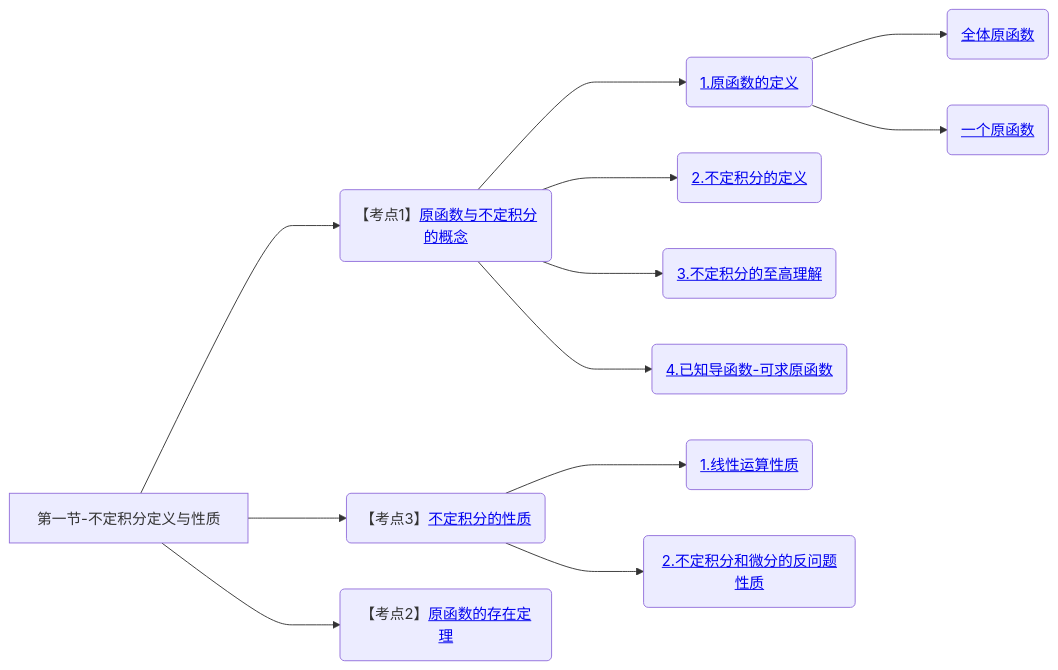
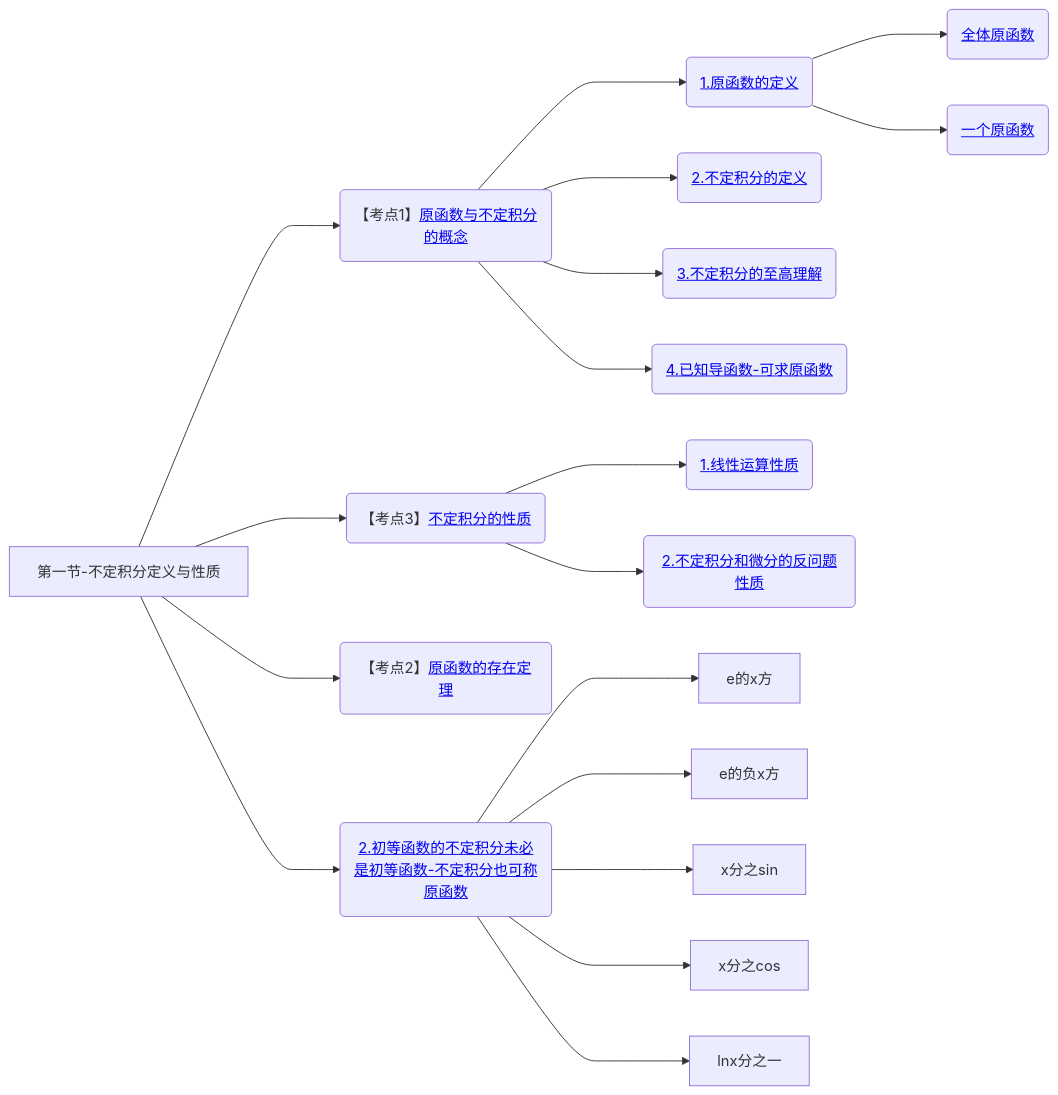
Before and after one commit to yuebinghui/note: diagram 17 of 17 in 笔记/数学/周洋鑫/01.基础班思维导图.md, drawn with Mermaid. The commit also changed 7 other files, not shown here.

````diff
--- a/笔记/数学/周洋鑫/01.基础班思维导图.md
+++ b/笔记/数学/周洋鑫/01.基础班思维导图.md
@@ -597,18 +597,26 @@
 ```mermaid
 graph LR
 第一节-不定积分定义与性质
 
 第一节-不定积分定义与性质--->原函数与不定积分的概念(【考点1】<a href="/Users/yuebinghui/Documents/program/github/note/笔记/数学/周洋鑫/基础班/18.不定积分_1.md#原函数与不定积分的概念">原函数与不定积分的概念</>)
 原函数与不定积分的概念--->1.原函数的定义(<a href="/Users/yuebinghui/Documents/program/github/note/笔记/数学/周洋鑫/基础班/18.不定积分_1.md#1.原函数的定义">1.原函数的定义</>)
 1.原函数的定义--->全体原函数(<a href="/Users/yuebinghui/Documents/program/github/note/笔记/数学/周洋鑫/基础班/18.不定积分_1.md#全体原函数">全体原函数</>)
 1.原函数的定义--->一个原函数(<a href="/Users/yuebinghui/Documents/program/github/note/笔记/数学/周洋鑫/基础班/18.不定积分_1.md#一个原函数">一个原函数</>)
 原函数与不定积分的概念--->2.不定积分的定义(<a href="/Users/yuebinghui/Documents/program/github/note/笔记/数学/周洋鑫/基础班/18.不定积分_1.md#2.不定积分的定义">2.不定积分的定义</>)
 原函数与不定积分的概念--->3.不定积分的至高理解(<a href="/Users/yuebinghui/Documents/program/github/note/笔记/数学/周洋鑫/基础班/18.不定积分_1.md#3.不定积分的至高理解">3.不定积分的至高理解</>)
 原函数与不定积分的概念--->4.已知导函数-可求原函数(<a href="/Users/yuebinghui/Documents/program/github/note/笔记/数学/周洋鑫/基础班/18.不定积分_1.md#4.已知导函数-可求原函数">4.已知导函数-可求原函数</>)
 
 第一节-不定积分定义与性质--->不定积分的性质(【考点3】<a href="/Users/yuebinghui/Documents/program/github/note/笔记/数学/周洋鑫/基础班/18.不定积分_1.md#不定积分的性质">不定积分的性质</>)
 不定积分的性质--->1.线性运算性质(<a href="/Users/yuebinghui/Documents/program/github/note/笔记/数学/周洋鑫/基础班/18.不定积分_1.md#1.线性运算性质">1.线性运算性质</>)
 不定积分的性质--->2.不定积分和微分的反问题性质(<a href="/Users/yuebinghui/Documents/program/github/note/笔记/数学/周洋鑫/基础班/18.不定积分_1.md#2.不定积分和微分的反问题性质">2.不定积分和微分的反问题性质</>)
 第一节-不定积分定义与性质--->原函数的存在定理(【考点2】<a href="/Users/yuebinghui/Documents/program/github/note/笔记/数学/周洋鑫/基础班/18.不定积分_1.md#原函数的存在定理">原函数的存在定理</>)
+第一节-不定积分定义与性质--->2.初等函数的不定积分未必是初等函数-不定积分也可称原函数(<a href="/Users/yuebinghui/Documents/program/github/note/笔记/数学/周洋鑫/基础班/18.不定积分_1.md#2.初等函数的不定积分未必是初等函数-不定积分也可称原函数">2.初等函数的不定积分未必是初等函数-不定积分也可称原函数</>)
+2.初等函数的不定积分未必是初等函数-不定积分也可称原函数--->e的x方
+2.初等函数的不定积分未必是初等函数-不定积分也可称原函数--->e的负x方
+2.初等函数的不定积分未必是初等函数-不定积分也可称原函数--->x分之sin
+2.初等函数的不定积分未必是初等函数-不定积分也可称原函数--->x分之cos 
+2.初等函数的不定积分未必是初等函数-不定积分也可称原函数--->lnx分之一
+
+
 
 ```
````
